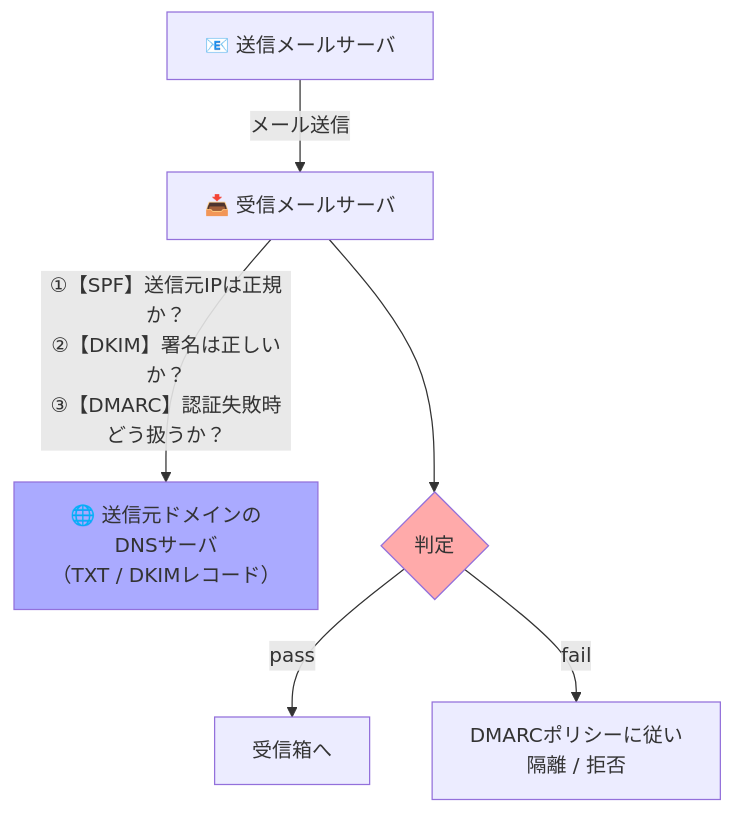
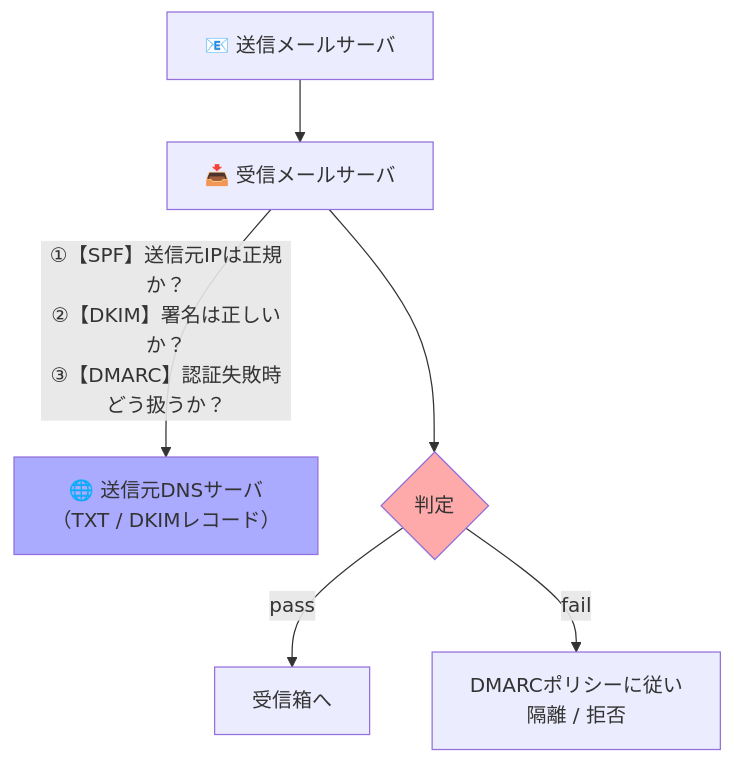
Before and after one commit to self-study-engineer/study-technology: diagram 16 of 28 in セキュリティ/情報処理安全確保支援士/過去問道場.md, drawn with Mermaid. The commit also changed other lines of this file and 2 other files, not shown here.

````diff
--- a/セキュリティ/情報処理安全確保支援士/過去問道場.md
+++ b/セキュリティ/情報処理安全確保支援士/過去問道場.md
@@ -1014,11 +1020,11 @@
 ```mermaid
 flowchart TD
-  S["📧 送信メールサーバ"] -- "メール送信" --> R["📥 受信メールサーバ"]
-  R -- "①【SPF】送信元IPは正規か？<br>②【DKIM】署名は正しいか？<br>③【DMARC】認証失敗時どう扱うか？" --> D["🌐 送信元ドメインの<br>DNSサーバ<br>（TXT / DKIMレコード）"]
+  S["📧 送信メールサーバ"] --> R["📥 受信メールサーバ"]
+  R -- "①【SPF】送信元IPは正規か？<br>②【DKIM】署名は正しいか？<br>③【DMARC】認証失敗時どう扱うか？" --> D["🌐 送信元DNSサーバ<br>（TXT / DKIMレコード）"]
   R --> J{"判定"}
   J -- "pass" --> IN["受信箱へ"]
   J -- "fail" --> P["DMARCポリシーに従い<br>隔離 / 拒否"]
 
   style D fill:#aaf
   style J fill:#faa
 ```
````
